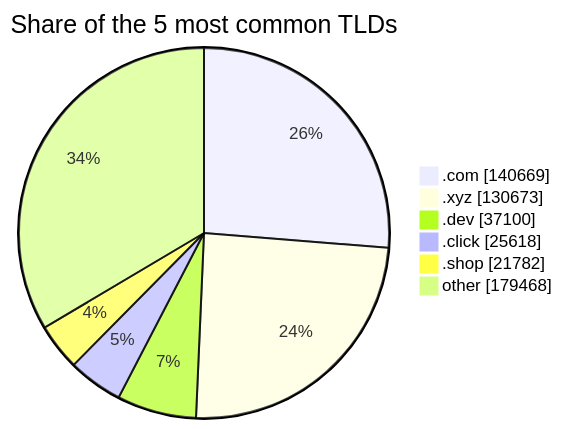
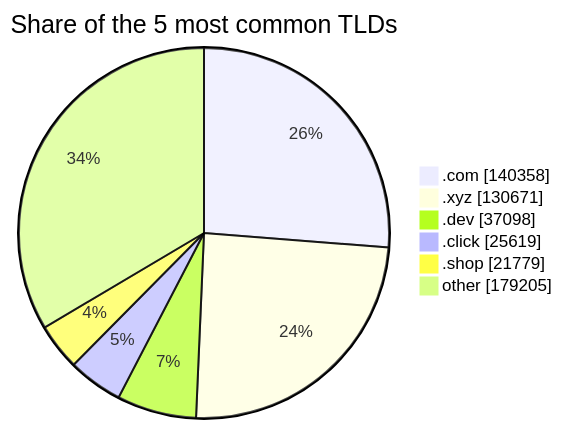
The third of 3 diagrams in README.md (DNSBunker/CTI), drawn with Mermaid before and after one commit. The commit also changed other lines of this file and 3 other files, not shown here.

````diff
--- a/README.md
+++ b/README.md
@@ -81,9 +81,9 @@
 ```mermaid
 pie showData title Share of the 5 most common TLDs
-    ".com" : 140669
-    ".xyz" : 130673
-    ".dev" : 37100
-    ".click" : 25618
-    ".shop" : 21782
-    "other" : 179468
+    ".com" : 140358
+    ".xyz" : 130671
+    ".dev" : 37098
+    ".click" : 25619
+    ".shop" : 21779
+    "other" : 179205
 ```
````
